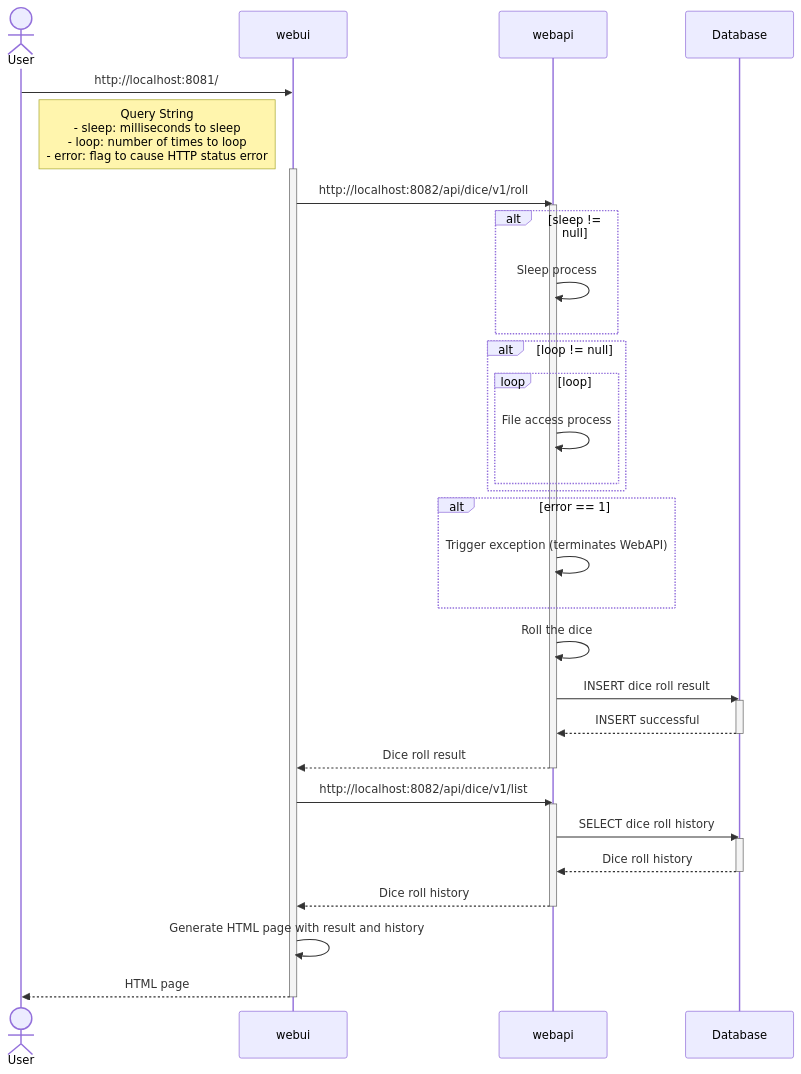
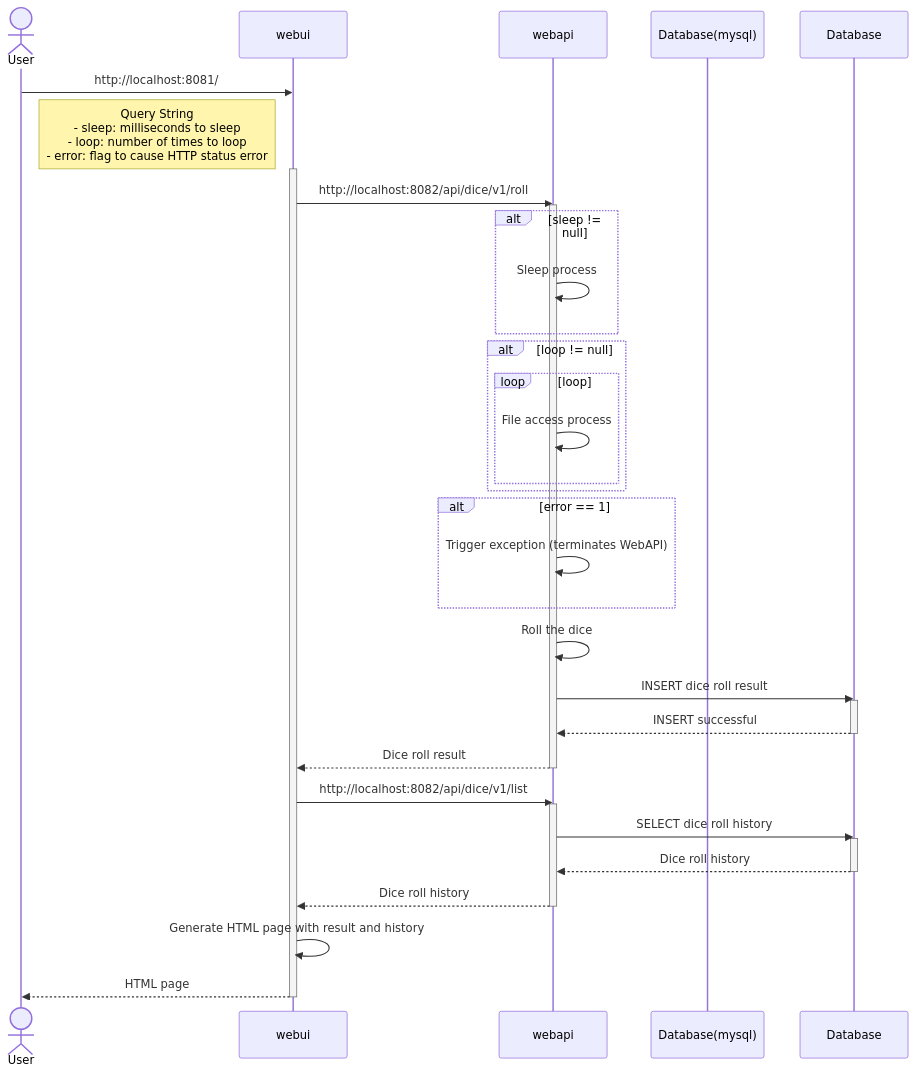
Before and after one commit to Toshiharu-Konuma-sti/hands-on-rollingdice-webapp: the diagram in README.md, drawn with Mermaid. The commit also changed other lines of this file, not shown here.

````diff
--- a/README.md
+++ b/README.md
@@ -9,52 +9,52 @@
 ```mermaid
 sequenceDiagram
     actor User
     participant webui
     participant webapi
-    participant Database
+    participant Database(mysql)
 
     User->>webui: http://localhost:8081/
     Note right of User: Query String<br>- sleep: milliseconds to sleep<br>- loop: number of times to loop<br>- error: flag to cause HTTP status error
     activate webui
 
         webui->>webapi: http://localhost:8082/api/dice/v1/roll
         activate webapi
 
             alt sleep != null
                 webapi->>webapi: Sleep process
             end
             alt loop != null
                 loop loop
                     webapi->>webapi: File access process
                 end
             end
             alt error == 1
                 webapi->>webapi: Trigger exception (terminates WebAPI)
             end
             webapi->>webapi: Roll the dice
             webapi->>Database: INSERT dice roll result
             activate Database
 
                 Database-->>webapi: INSERT successful
 
             deactivate Database
             webapi-->>webui: Dice roll result
 
         deactivate webapi
         webui->>webapi: http://localhost:8082/api/dice/v1/list
         activate webapi
 
             webapi->>Database: SELECT dice roll history
             activate Database
 
             Database-->>webapi: Dice roll history
             
             deactivate Database
             webapi-->>webui: Dice roll history
 
         deactivate webapi
         webui->>webui: Generate HTML page with result and history
         webui-->>User: HTML page
 
     deactivate webui
 ```
````
